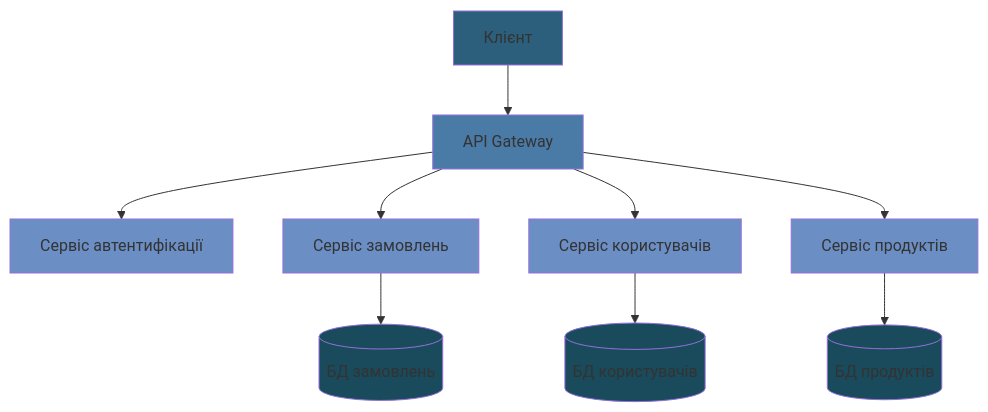
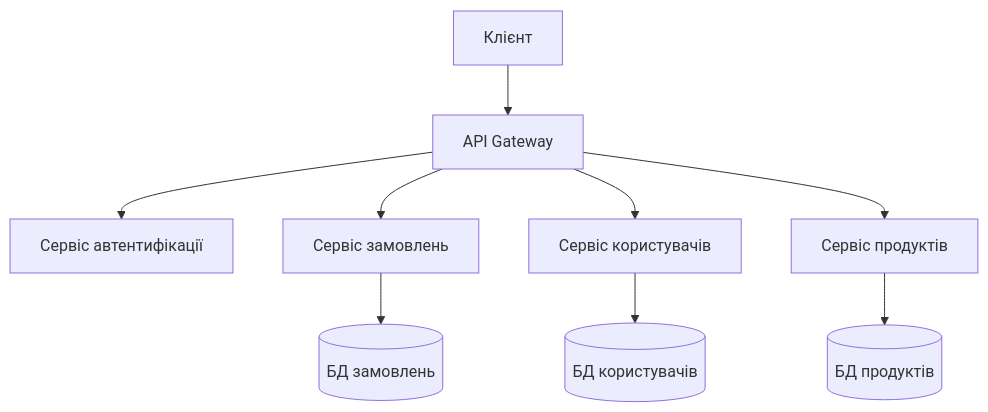
The third of 15 diagrams in docs/pages/pres.md (olroi421/cvk-kpi), drawn with Mermaid before and after one commit. The commit also changed other lines of this file, not shown here.

````diff
--- a/docs/pages/pres.md
+++ b/docs/pages/pres.md
@@ -152,22 +143,13 @@
 ```mermaid
 graph TD
     A[Клієнт] --> B[API Gateway]
     B --> C[Сервіс автентифікації]
     B --> D[Сервіс замовлень]
     B --> E[Сервіс користувачів]
     B --> F[Сервіс продуктів]
 
     D --> G[(БД замовлень)]
     E --> H[(БД користувачів)]
     F --> I[(БД продуктів)]
 
-    style A fill:#2C5F7C
-    style B fill:#4A7BA7
-    style C fill:#6B8FC5
-    style D fill:#6B8FC5
-    style E fill:#6B8FC5
-    style F fill:#6B8FC5
-    style G fill:#1A4B5C
-    style H fill:#1A4B5C
-    style I fill:#1A4B5C
 ```
````
